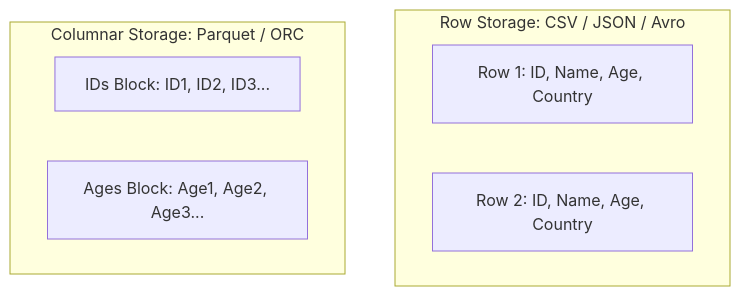
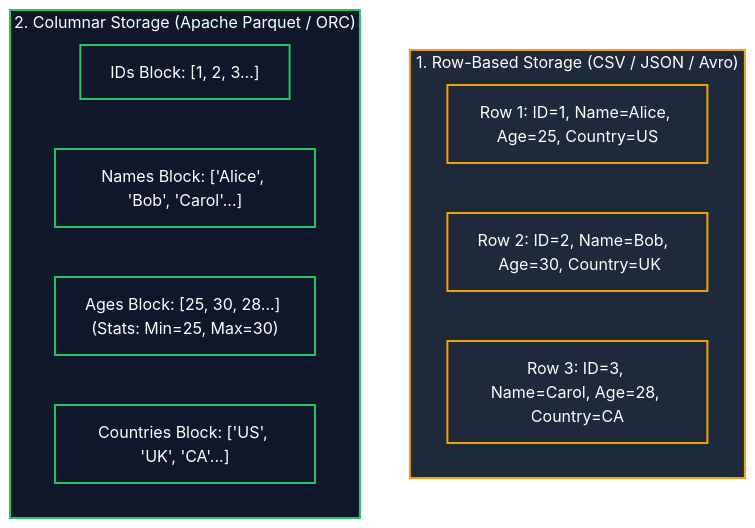
The first of 2 diagrams in content/03-concepts/data-formats-and-compression.md (Wathon/aws-dea-c01-note), drawn with Mermaid before and after one commit. The commit also changed other lines of this file and 4 other files, not shown here.

Commit message:
feat(concepts): enrich English notes for 03-concepts with comprehensive architectures, format matrices, partitioning mechanics, and exam tips

````diff
--- a/content/03-concepts/data-formats-and-compression.md
+++ b/content/03-concepts/data-formats-and-compression.md
@@ -22,12 +26,21 @@
 ```mermaid
 graph TD
-    subgraph RowStorage["Row Storage: CSV / JSON / Avro"]
-    R1["Row 1: ID, Name, Age, Country"]
-    R2["Row 2: ID, Name, Age, Country"]
+    subgraph RowLayout["1. Row-Based Storage (CSV / JSON / Avro)"]
+        R1["Row 1: ID=1, Name=Alice, Age=25, Country=US"]
+        R2["Row 2: ID=2, Name=Bob,   Age=30, Country=UK"]
+        R3["Row 3: ID=3, Name=Carol, Age=28, Country=CA"]
     end
 
-    subgraph ColumnarStorage["Columnar Storage: Parquet / ORC"]
-    C1["IDs Block: ID1, ID2, ID3..."]
-    C2["Ages Block: Age1, Age2, Age3..."]
+    subgraph ColumnarLayout["2. Columnar Storage (Apache Parquet / ORC)"]
+        C1["IDs Block: [1, 2, 3...]"]
+        C2["Names Block: ['Alice', 'Bob', 'Carol'...]"]
+        C3["Ages Block: [25, 30, 28...] (Stats: Min=25, Max=30)"]
+        C4["Countries Block: ['US', 'UK', 'CA'...]"]
     end
+
+    classDef r fill:#1e293b,stroke:#f59e0b,stroke-width:2px,color:#fff;
+    classDef c fill:#0f172a,stroke:#22c55e,stroke-width:2px,color:#fff;
+
+    class RowLayout,R1,R2,R3 r;
+    class ColumnarLayout,C1,C2,C3,C4 c;
 ```
````
